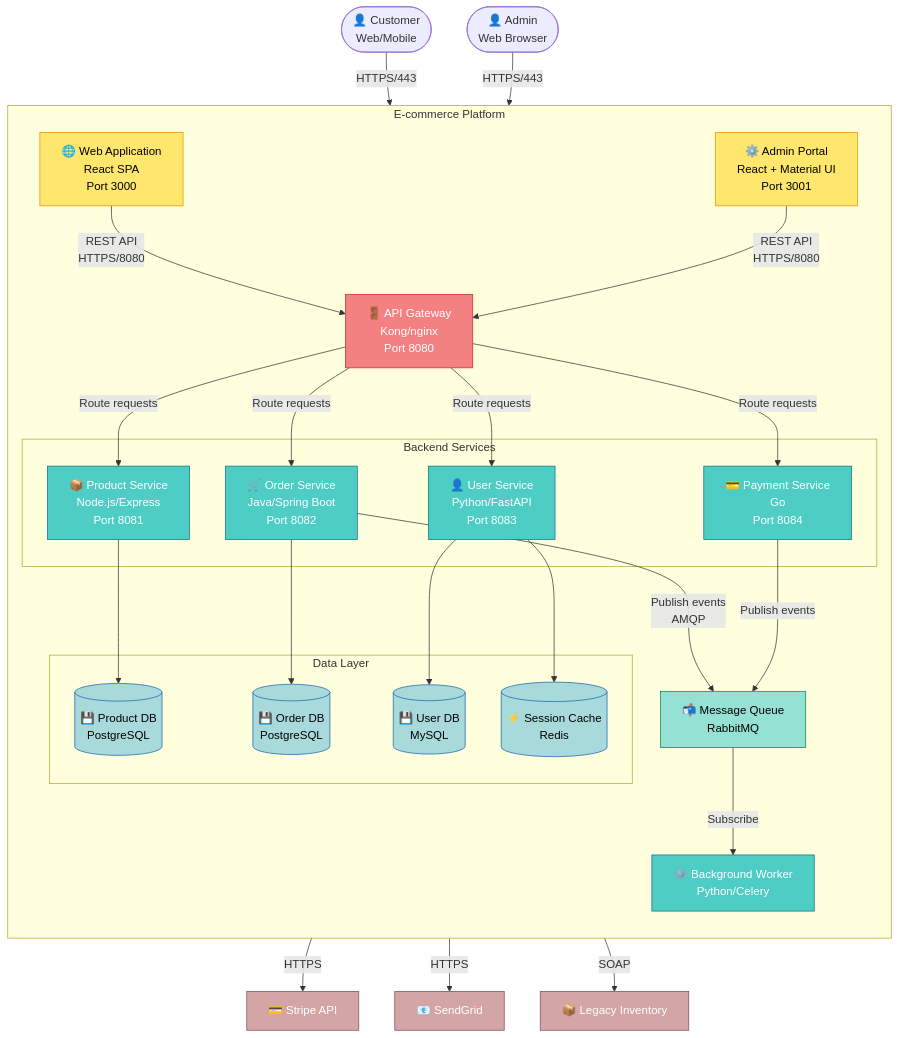
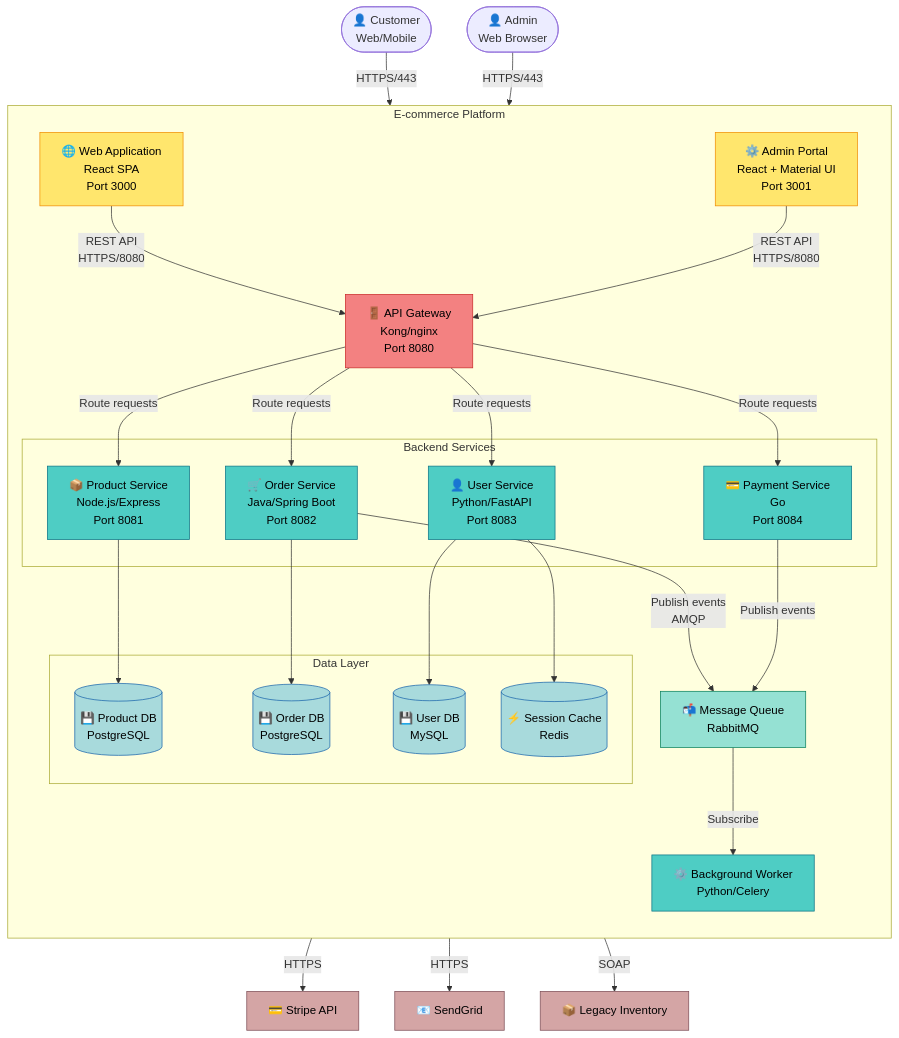
One commit to wienans/example-repo changed the second of 15 diagrams in .agents/skills/mermaid-architect/references/guides/diagrams/architecture-diagrams.md. Above: the diagram before and after it, drawn with Mermaid. The commit also changed other lines of this file and 58 other files, not shown here.

First line of the commit message:
feat(skills): merge mastery-of-mermaid into mermaid-architect

````diff
--- a/.agents/skills/mermaid-architect/references/guides/diagrams/architecture-diagrams.md
+++ b/.agents/skills/mermaid-architect/references/guides/diagrams/architecture-diagrams.md
@@ -117,73 +117,73 @@
 ```mermaid
 graph TB
     Customer([👤 Customer<br/>Web/Mobile])
     Admin([👤 Admin<br/>Web Browser])
 
     subgraph "E-commerce Platform"
         direction TB
 
         WebApp[🌐 Web Application<br/>React SPA<br/>Port 3000]
         AdminApp[⚙️ Admin Portal<br/>React + Material UI<br/>Port 3001]
 
         APIGateway[🚪 API Gateway<br/>Kong/nginx<br/>Port 8080]
 
         subgraph "Backend Services"
             ProductAPI[📦 Product Service<br/>Node.js/Express<br/>Port 8081]
             OrderAPI[🛒 Order Service<br/>Java/Spring Boot<br/>Port 8082]
             UserAPI[👤 User Service<br/>Python/FastAPI<br/>Port 8083]
             PaymentAPI[💳 Payment Service<br/>Go<br/>Port 8084]
         end
 
         subgraph "Data Layer"
             ProductDB[(💾 Product DB<br/>PostgreSQL)]
             OrderDB[(💾 Order DB<br/>PostgreSQL)]
             UserDB[(💾 User DB<br/>MySQL)]
             SessionCache[(⚡ Session Cache<br/>Redis)]
         end
 
         MessageQueue[📬 Message Queue<br/>RabbitMQ]
         BackgroundWorker[⚙️ Background Worker<br/>Python/Celery]
     end
 
     ExtPayment[💳 Stripe API]
     ExtEmail[📧 SendGrid]
     ExtInventory[📦 Legacy Inventory]
 
     Customer -->|HTTPS/443| WebApp
     Admin -->|HTTPS/443| AdminApp
 
     WebApp -->|REST API<br/>HTTPS/8080| APIGateway
     AdminApp -->|REST API<br/>HTTPS/8080| APIGateway
 
     APIGateway -->|Route requests| ProductAPI
     APIGateway -->|Route requests| OrderAPI
     APIGateway -->|Route requests| UserAPI
     APIGateway -->|Route requests| PaymentAPI
 
     ProductAPI --> ProductDB
     OrderAPI --> OrderDB
     UserAPI --> UserDB
     UserAPI --> SessionCache
 
     OrderAPI -->|Publish events<br/>AMQP| MessageQueue
     PaymentAPI -->|Publish events| MessageQueue
     MessageQueue -->|Subscribe| BackgroundWorker
 
     PaymentAPI -->|HTTPS| ExtPayment
     BackgroundWorker -->|HTTPS| ExtEmail
     BackgroundWorker -->|SOAP| ExtInventory
 
     classDef frontend fill:#FFE66D,stroke:#F08C00,color:#000
-    classDef gateway fill:#F38181,stroke:#C92A2A,color:#fff
-    classDef service fill:#4ECDC4,stroke:#0B7285,color:#fff
+    classDef gateway fill:#F38181,stroke:#C92A2A,color:#000
+    classDef service fill:#4ECDC4,stroke:#0B7285,color:#000
     classDef database fill:#A8DADC,stroke:#1864AB,color:#000
     classDef messaging fill:#95E1D3,stroke:#087F5B,color:#000
-    classDef external fill:#D4A5A5,stroke:#7D4E57,color:#fff
+    classDef external fill:#D4A5A5,stroke:#7D4E57,color:#000
 
     class WebApp,AdminApp frontend
     class APIGateway gateway
     class ProductAPI,OrderAPI,UserAPI,PaymentAPI,BackgroundWorker service
     class ProductDB,OrderDB,UserDB,SessionCache database
     class MessageQueue messaging
     class ExtPayment,ExtEmail,ExtInventory external
 ```
````
